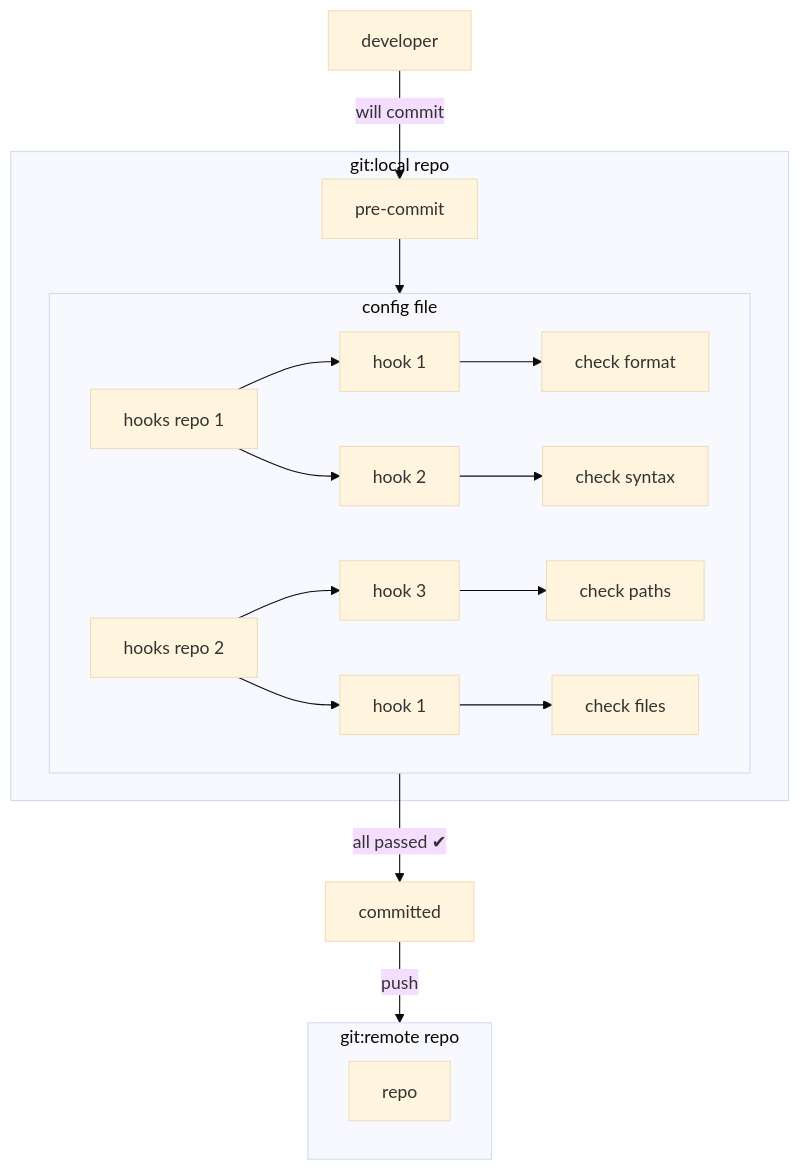
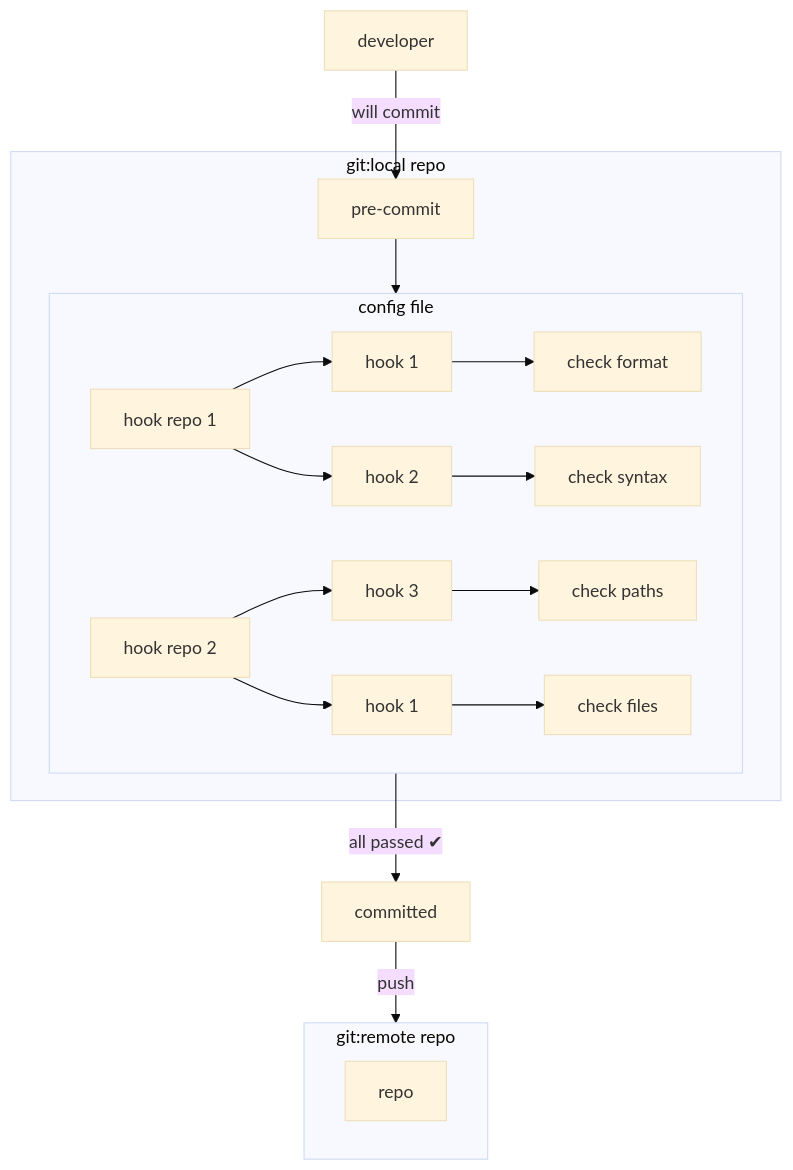
One commit to bluebirz/bluebirz.github.io changed the diagram in _drafts/2025-precommit.md. Above: the diagram before and after it, drawn with Mermaid (base theme). The commit also changed other lines of this file and 1 other file, not shown here.

````diff
--- a/_drafts/2025-precommit.md
+++ b/_drafts/2025-precommit.md
@@ -29,21 +29,21 @@
 ```mermaid
 flowchart 
     subgraph local["git:local repo"]
         pc["pre-commit"]
 
         subgraph conf["config file"]
-            hr1["hooks repo 1"] --> h1["hook 1"] --> chk1["check format"]
+            hr1["hook repo 1"] --> h1["hook 1"] --> chk1["check format"]
             hr1 --> h2["hook 2"] --> chk2["check syntax"]
 
-            hr2["hooks repo 2"] --> h3["hook 3"] --> chk3["check paths"]
+            hr2["hook repo 2"] --> h3["hook 3"] --> chk3["check paths"]
             hr2 --> h4["hook 1"] --> chk4["check files"]
         end
     end
 
     subgraph remote["git:remote repo"]
         repo
     end
 
     developer --"will commit"--> pc --> conf
     conf --"all passed ✔︎"--> committed --"push"--> remote
 ```
````
